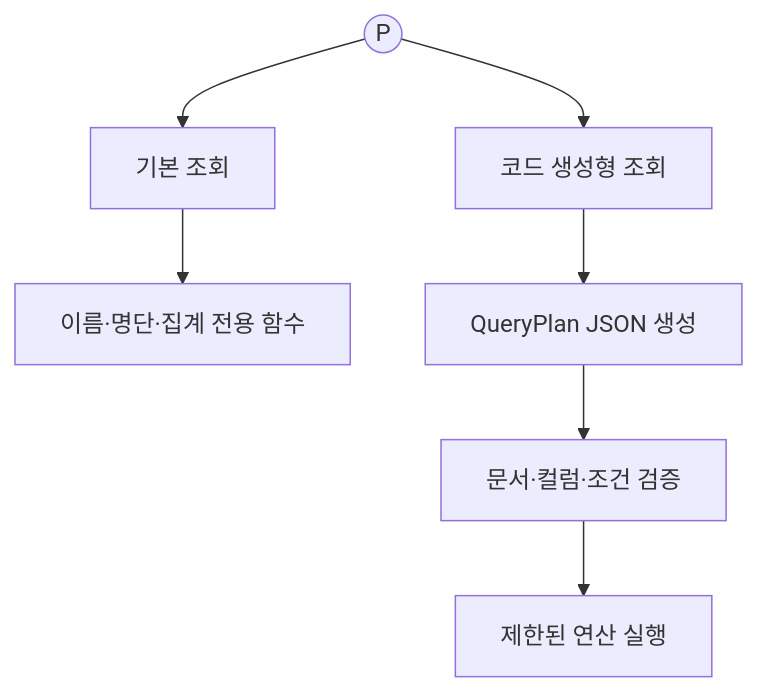
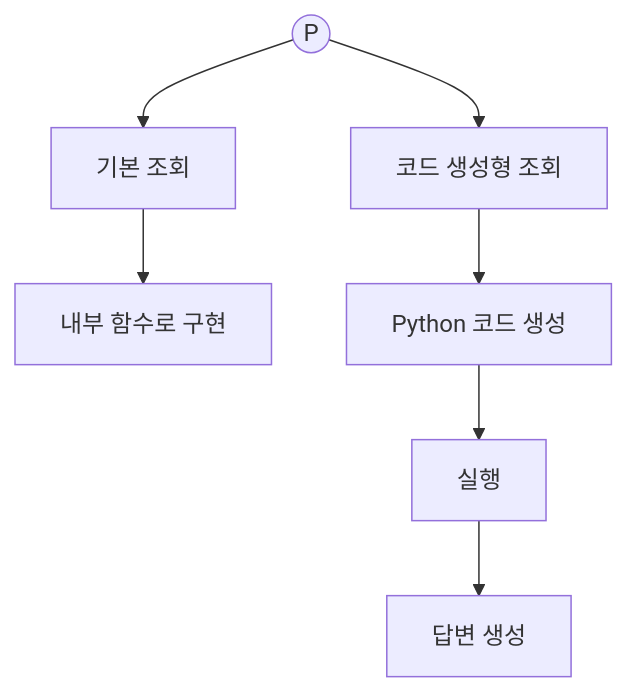
Before and after one commit to knu-2026-summer-main-enhancement/finance-doc-agent: the fourth of 14 diagrams in README.md, drawn with Mermaid. The commit also changed other lines of this file, not shown here.

````diff
--- a/README.md
+++ b/README.md
@@ -108,9 +104,9 @@
 ```mermaid
 flowchart TD
     P((P)) --> D[기본 조회]
     P --> G[코드 생성형 조회]
-    D --> D1[이름·명단·집계 전용 함수]
-    G --> G1[QueryPlan JSON 생성]
-    G1 --> G2[문서·컬럼·조건 검증]
-    G2 --> G3[제한된 연산 실행]
+    D --> D1[내부 함수로 구현]
+    G --> G1[Python 코드 생성]
+    G1 --> G2[실행]
+    G2 --> G3[답변 생성]
 ```
````
